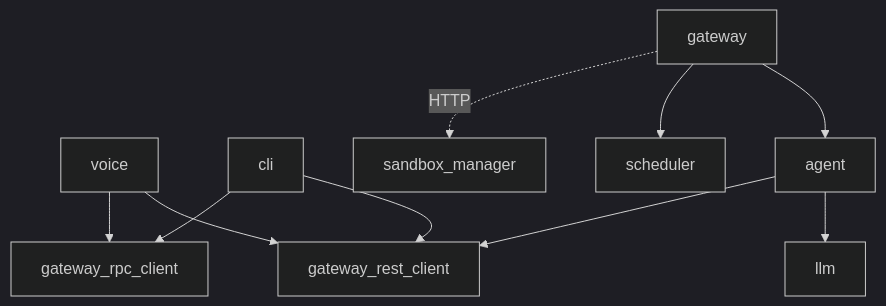
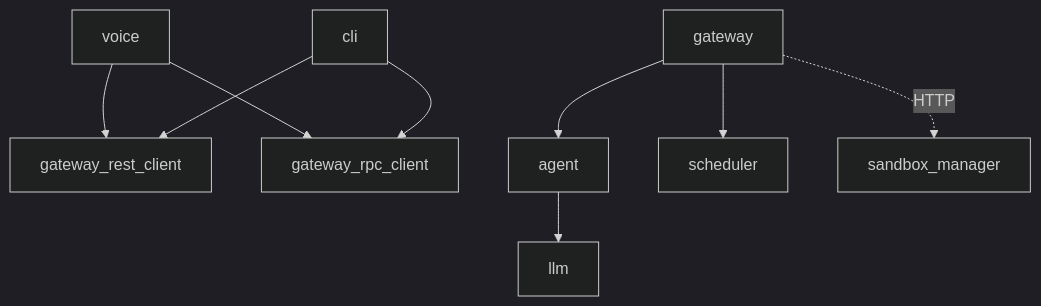
The second of 2 diagrams in README.md (mathisarends/cara), drawn with Mermaid (dark theme) before and after one commit. The commit also changed other lines of this file and 47 other files, not shown here.

Commit message:
refactor: move concrete agent tools into gateway

````diff
--- a/README.md
+++ b/README.md
@@ -86,18 +86,17 @@
 ```mermaid
 flowchart TD
     voice --> gateway_rest_client
     voice --> gateway_rpc_client
     cli --> gateway_rest_client
     cli --> gateway_rpc_client
     gateway --> agent
     gateway --> scheduler
     agent --> llm
-    agent --> gateway_rest_client
     gateway -.->|"HTTP"| sandbox_manager
 
     gateway_rest_client
     gateway_rpc_client
     sandbox_manager
     scheduler
     llm
 ```
````
